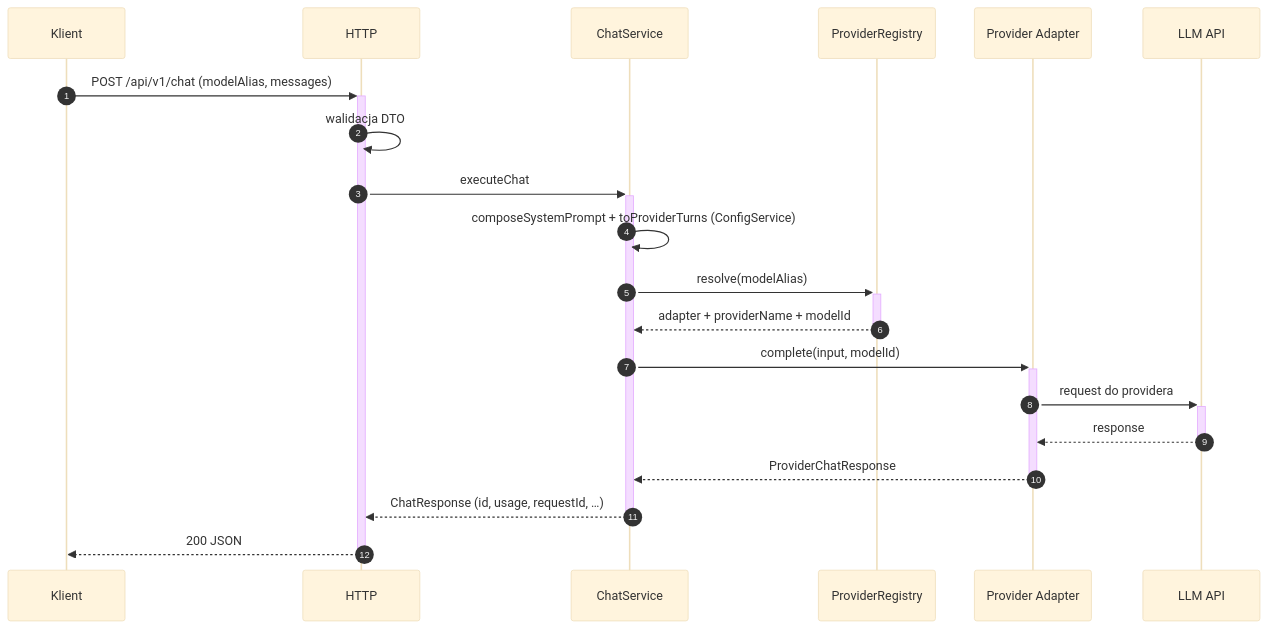
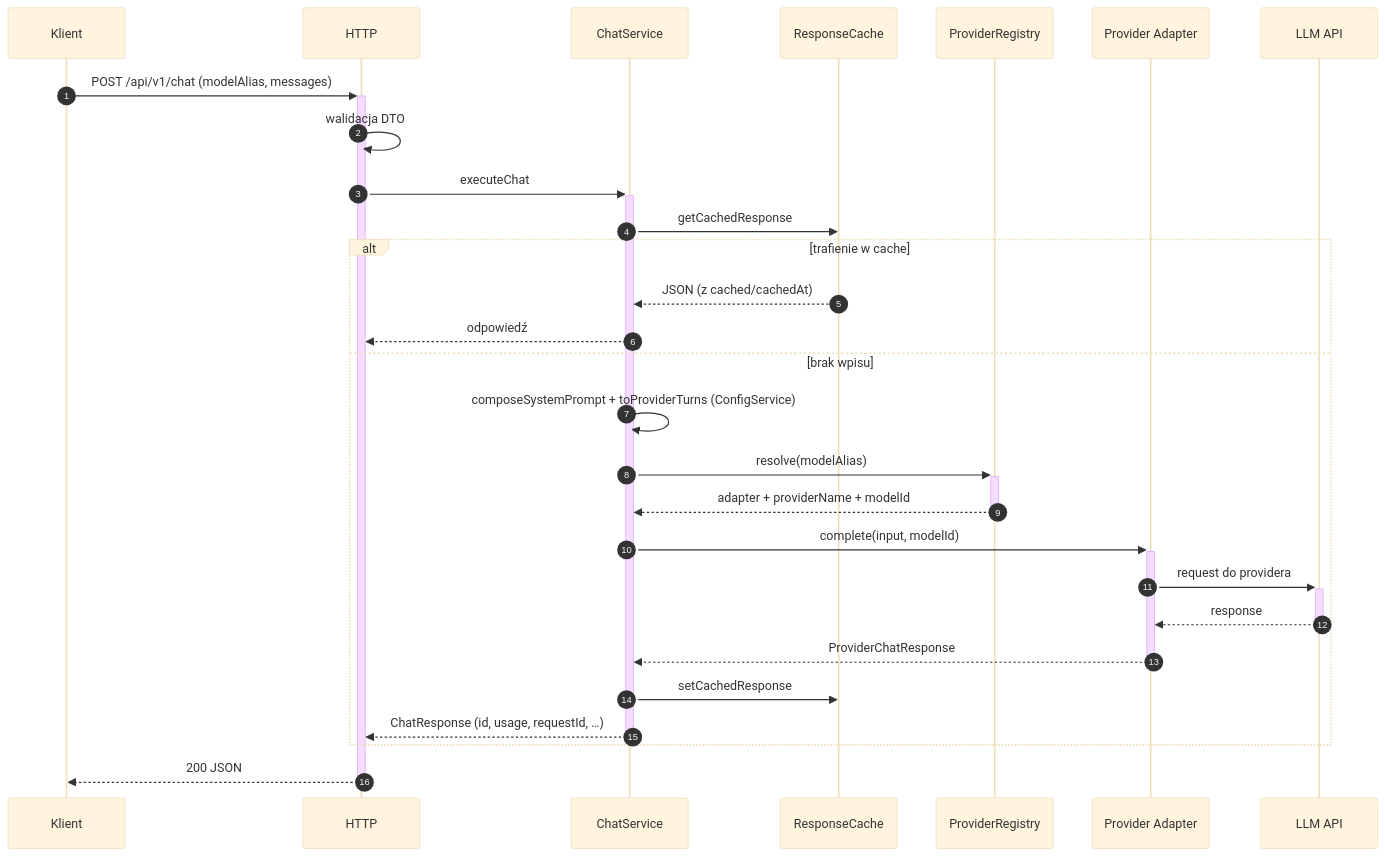
One commit to matej2314/ai-provider-gateway changed the second of 4 diagrams in docs/data_flow.md. Above: the diagram before and after it, drawn with Mermaid (base theme). The commit also changed other lines of this file and 17 other files, not shown here.

````diff
--- a/docs/data_flow.md
+++ b/docs/data_flow.md
@@ -41,23 +50,31 @@
 ```mermaid
 sequenceDiagram
   autonumber
   participant K as Klient
   participant H as HTTP
   participant S as ChatService
+  participant C as ResponseCache
   participant R as ProviderRegistry
   participant P as Provider Adapter
   participant A as LLM API
 
   K->>+H: POST /api/v1/chat (modelAlias, messages)
   H->>H: walidacja DTO
   H->>+S: executeChat
-  S->>S: composeSystemPrompt + toProviderTurns (ConfigService)
-  S->>+R: resolve(modelAlias)
-  R-->>-S: adapter + providerName + modelId
-  S->>+P: complete(input, modelId)
-  P->>+A: request do providera
-  A-->>-P: response
-  P-->>-S: ProviderChatResponse
-  S-->>-H: ChatResponse (id, usage, requestId, …)
+  S->>C: getCachedResponse
+  alt trafienie w cache
+    C-->>S: JSON (z cached/cachedAt)
+    S-->>H: odpowiedź
+  else brak wpisu
+    S->>S: composeSystemPrompt + toProviderTurns (ConfigService)
+    S->>+R: resolve(modelAlias)
+    R-->>-S: adapter + providerName + modelId
+    S->>+P: complete(input, modelId)
+    P->>+A: request do providera
+    A-->>-P: response
+    P-->>-S: ProviderChatResponse
+    S->>C: setCachedResponse
+    S-->>-H: ChatResponse (id, usage, requestId, …)
+  end
   H-->>-K: 200 JSON
 ```
````
